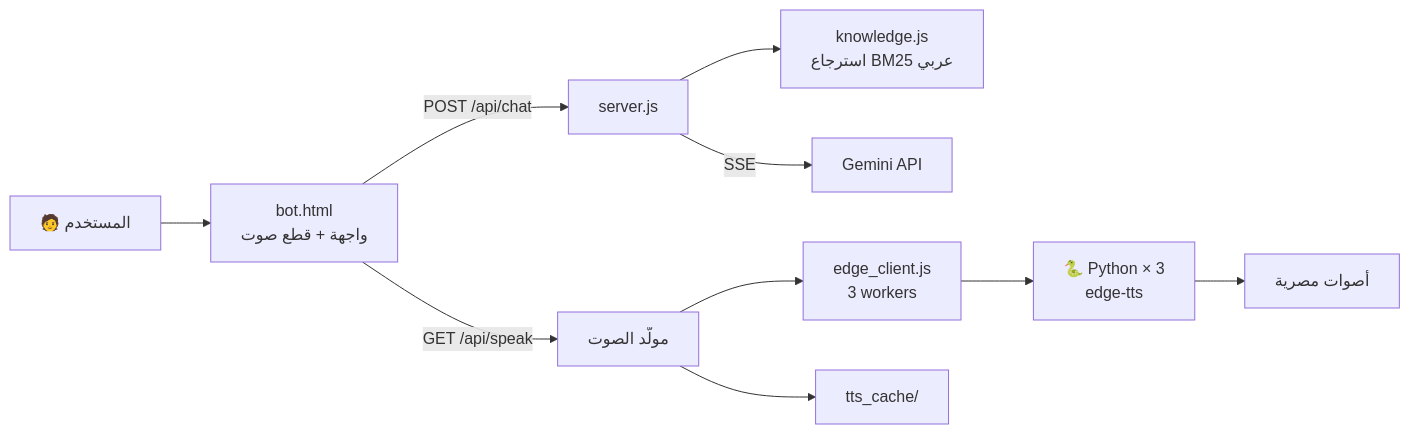
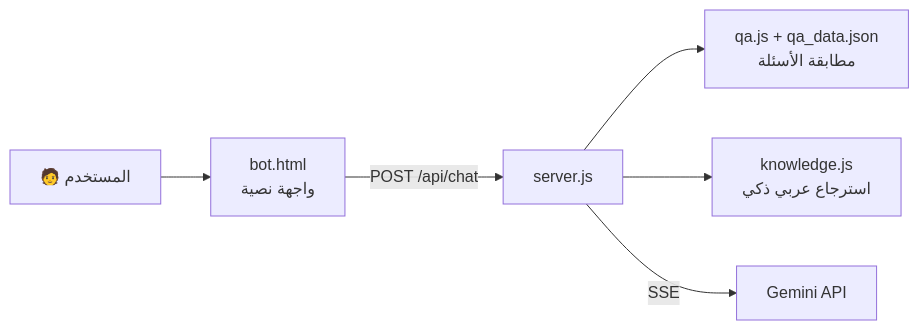
One commit to yoyoazmy22-del/bot-modern-gas changed the diagram in README.md. Above: the diagram before and after it, drawn with Mermaid. The commit also changed other lines of this file, not shown here.

Commit message:
Update README.md (text-only assistant + QA data)

````diff
--- a/README.md
+++ b/README.md
@@ -32,12 +27,8 @@
 ```mermaid
 flowchart LR
-    U["🧑 المستخدم"] --> W["bot.html<br/>واجهة + قطع صوت"]
+    U["🧑 المستخدم"] --> W["bot.html<br/>واجهة نصية"]
     W -->|"POST /api/chat"| S["server.js"]
-    S --> R["knowledge.js<br/>استرجاع BM25 عربي"]
+    S --> Q["qa.js + qa_data.json<br/>مطابقة الأسئلة"]
+    S --> R["knowledge.js<br/>استرجاع عربي ذكي"]
     S -->|"SSE"| G["Gemini API"]
-    W -->|"GET /api/speak"| T["مولّد الصوت"]
-    T --> P["edge_client.js<br/>3 workers"]
-    P --> PY["🐍 Python × 3<br/>edge-tts"]
-    PY --> V["أصوات مصرية"]
-    T --> C["tts_cache/"]
 ```
````
